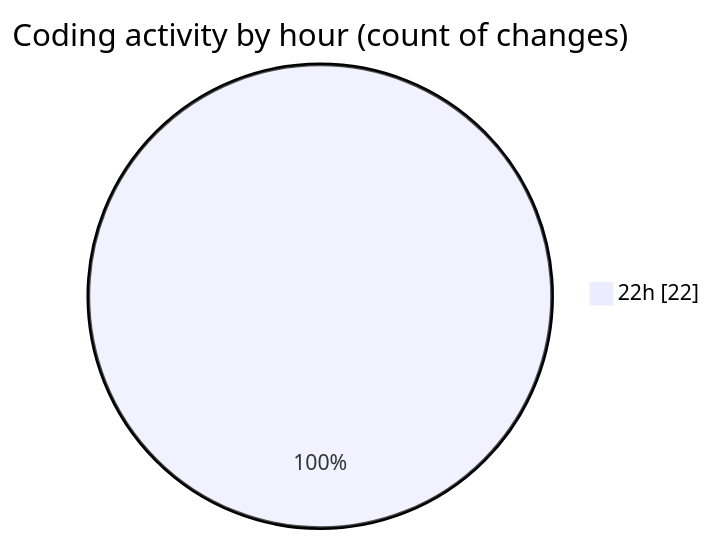
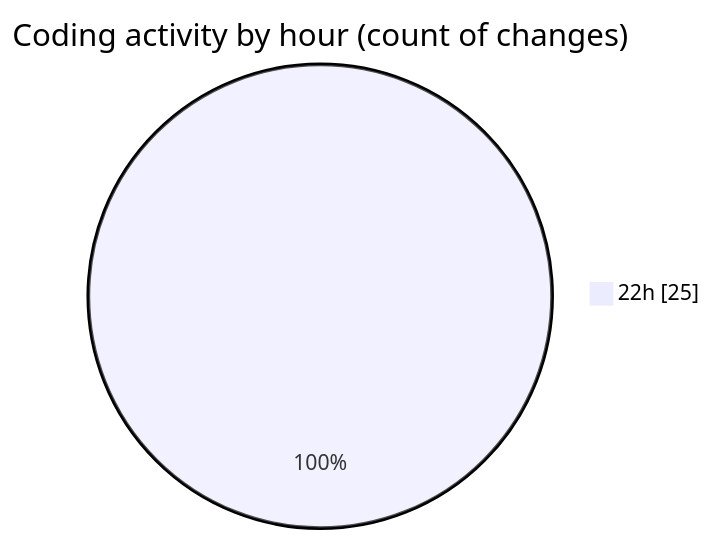
One commit to hasnaa123/code-tracking changed the second of 2 diagrams in 2026-02-23/student_performance_system/README.md. Above: the diagram before and after it, drawn with Mermaid. The commit also changed other lines of this file and 1 other file, not shown here.

````diff
--- a/2026-02-23/student_performance_system/README.md
+++ b/2026-02-23/student_performance_system/README.md
@@ -28,5 +28,5 @@
 ```mermaid
 pie showData
 title Coding activity by hour (count of changes)
-"22h" : 22
+"22h" : 25
 ```
````
